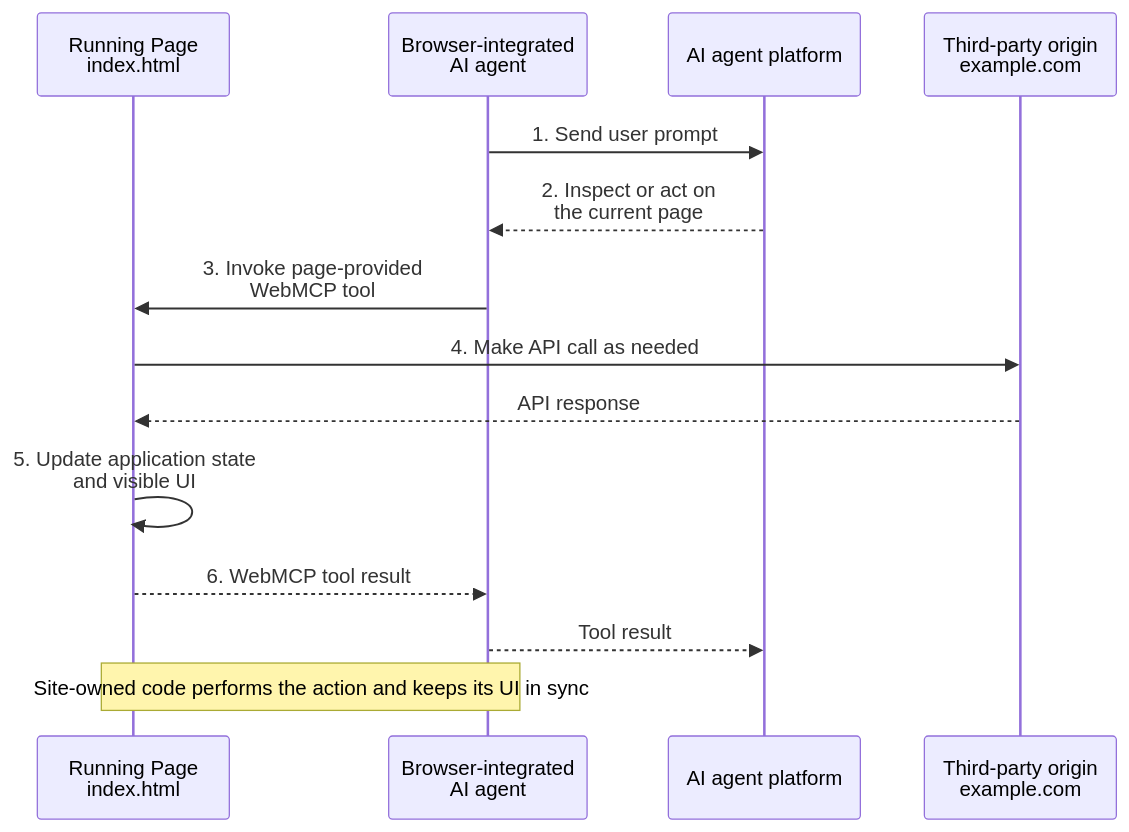
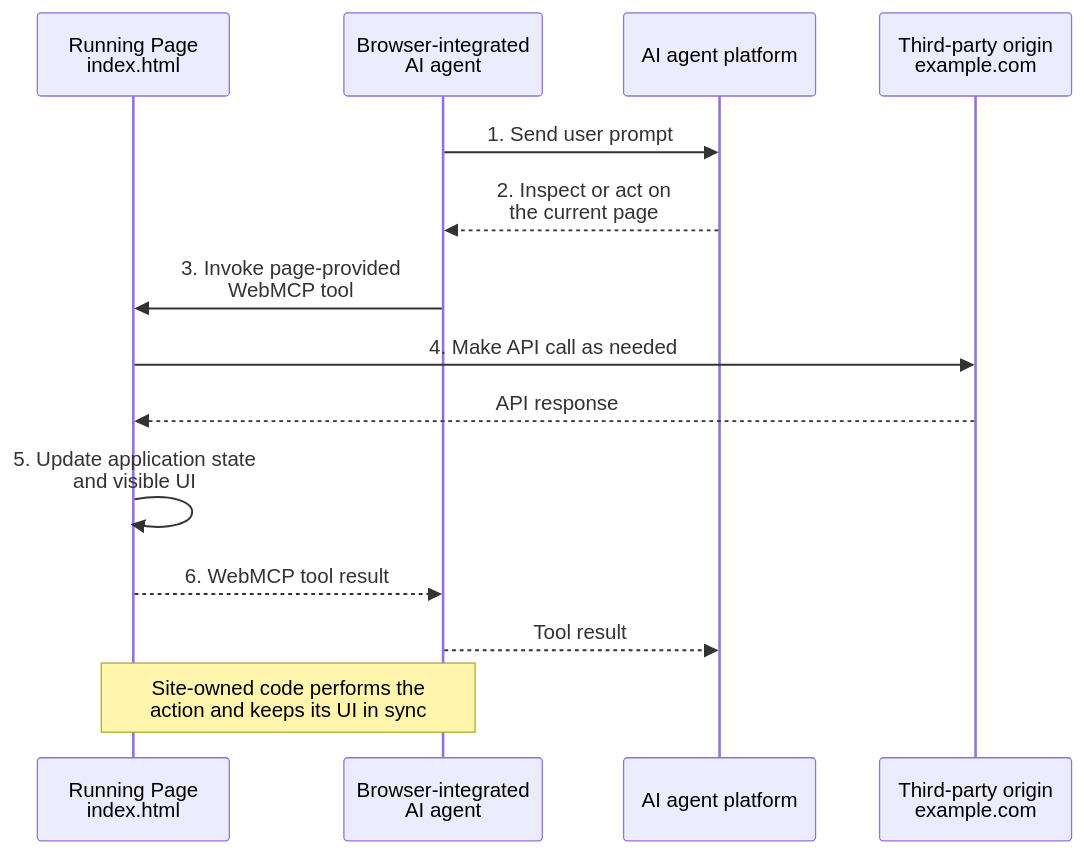
Before and after one commit to webmachinelearning/webmcp: the first of 2 diagrams in README.md, drawn with Mermaid.

````diff
--- a/README.md
+++ b/README.md
@@ -30,23 +30,23 @@
 ```mermaid
 sequenceDiagram
     participant Page as Running Page<br/>index.html
     participant Agent as Browser-integrated<br/>AI agent
     participant AI as AI agent platform
     participant Service as Third-party origin<br/>example.com
 
     Agent->>AI: 1. Send user prompt
 
     AI-->>Agent: 2. Inspect or act on<br/>the current page
 
     Agent->>Page: 3. Invoke page-provided<br/>WebMCP tool
 
     Page->>Service: 4. Make API call as needed
     Service-->>Page: API response
 
     Page->>Page: 5. Update application state<br/>and visible UI
 
     Page-->>Agent: 6. WebMCP tool result
     Agent-->>AI: Tool result
 
-    Note over Page,Agent: Site-owned code performs the action and keeps its UI in sync
+    Note over Page,Agent: Site-owned code performs the<br/> action and keeps its UI in sync
 ```
````
